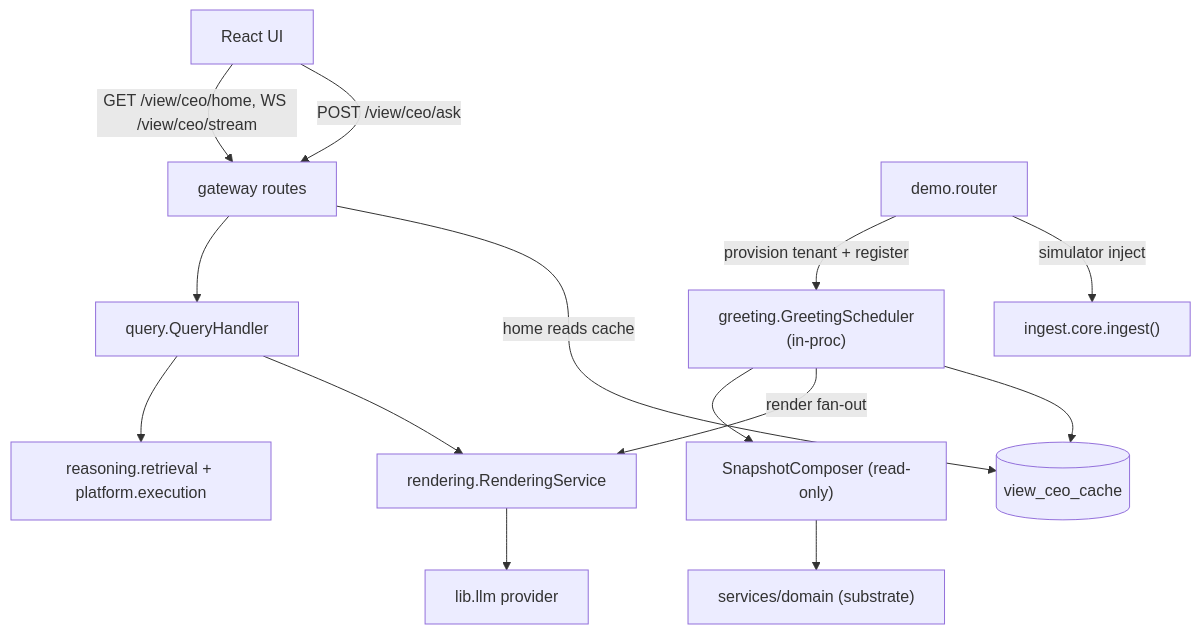
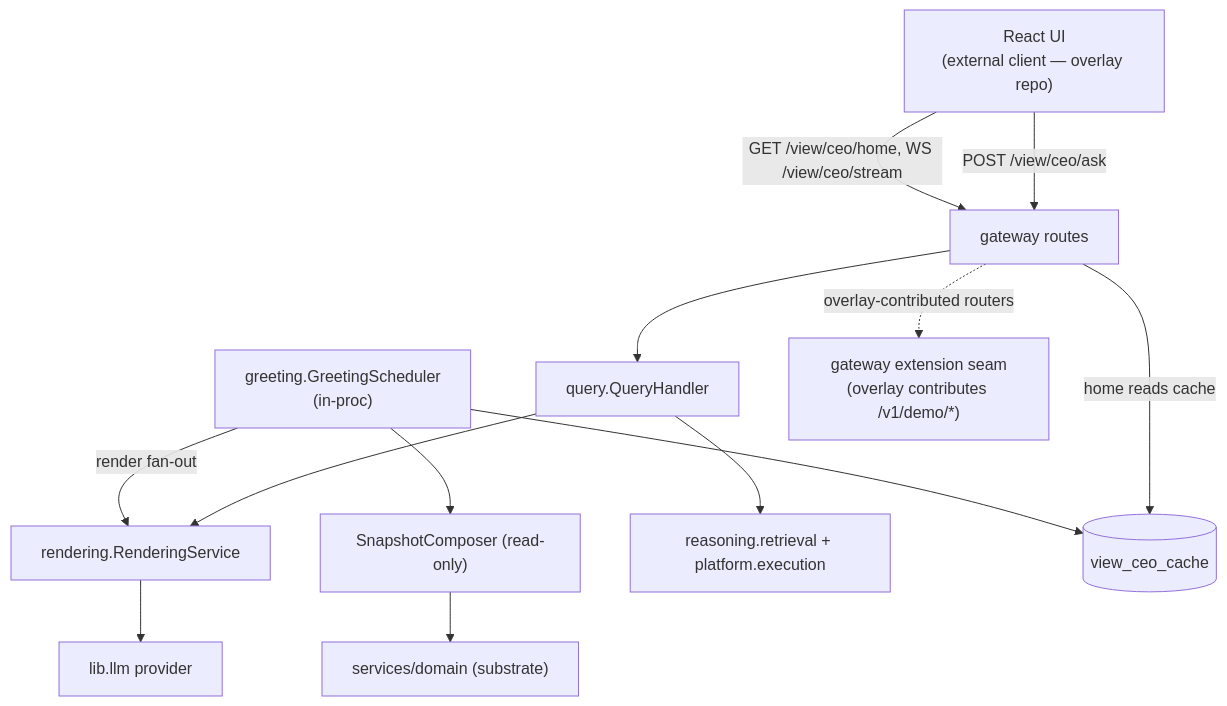
The diagram in docs/architecture/product.md (Fyralisinc/fyraliscore), drawn with Mermaid before and after one commit. The commit also changed other lines of this file and 356 other files, not shown here.

````diff
--- a/docs/architecture/product.md
+++ b/docs/architecture/product.md
@@ -66,28 +69,26 @@
 ```mermaid
 graph TD
-    UI["React UI"]
+    UI["React UI<br/>(external client — overlay repo)"]
     GW["gateway routes"]
     SCHED["greeting.GreetingScheduler<br/>(in-proc)"]
     SNAP["SnapshotComposer (read-only)"]
     RND["rendering.RenderingService"]
     QRY["query.QueryHandler"]
-    DEMO["demo.router"]
+    EXT["gateway extension seam<br/>(overlay contributes /v1/demo/*)"]
     DOMAIN["services/domain (substrate)"]
     REASON["reasoning.retrieval + platform.execution"]
     LLM["lib.llm provider"]
     CACHE[("view_ceo_cache")]
-    INGEST["ingest.core.ingest()"]
 
     UI -->|"GET /view/ceo/home, WS /view/ceo/stream"| GW
     UI -->|"POST /view/ceo/ask"| GW
     GW --> QRY
+    GW -. "overlay-contributed routers" .-> EXT
     SCHED --> SNAP --> DOMAIN
     SCHED -->|"render fan-out"| RND
     SCHED --> CACHE
     GW -->|"home reads cache"| CACHE
     QRY --> REASON
     QRY --> RND
     RND --> LLM
-    DEMO -->|"provision tenant + register"| SCHED
-    DEMO -->|"simulator inject"| INGEST
 ```
````
